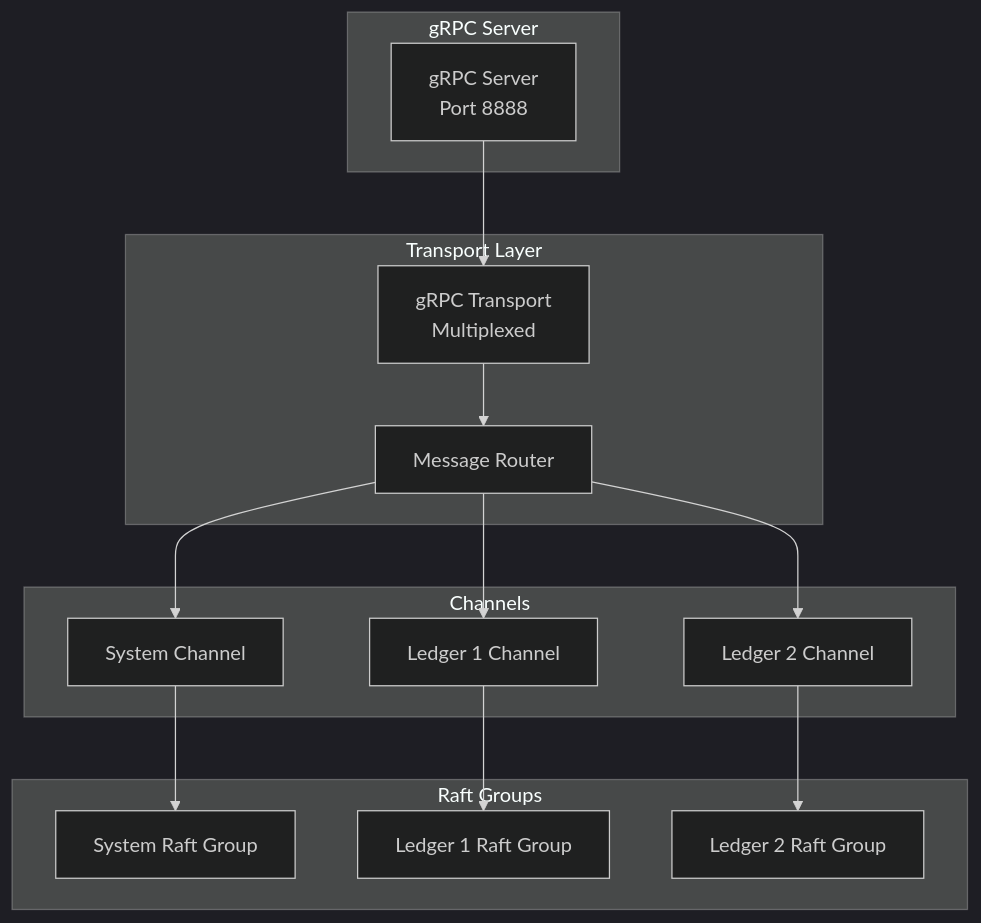
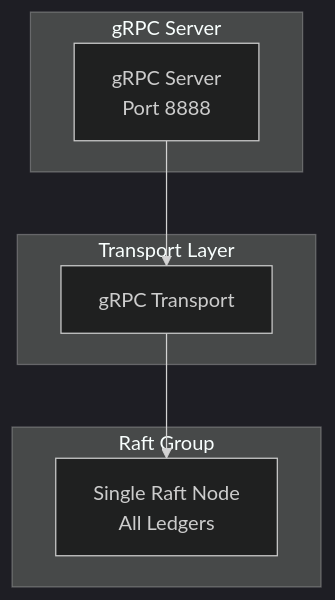
One commit to formancehq/ledger changed the second of 3 diagrams in docs/raft-consensus.md. Above: the diagram before and after it, drawn with Mermaid (dark theme). The commit also changed other lines of this file and 41 other files, not shown here.

````diff
--- a/docs/raft-consensus.md
+++ b/docs/raft-consensus.md
@@ -122,33 +112,17 @@
 ```mermaid
 graph TB
     subgraph "gRPC Server"
         GRPC[gRPC Server<br/>Port 8888]
     end
     
     subgraph "Transport Layer"
-        Transport[gRPC Transport<br/>Multiplexed]
-        Router[Message Router]
+        Transport[gRPC Transport]
     end
     
-    subgraph "Channels"
-        MainChannel[System Channel]
-        Ledger1Channel[Ledger 1 Channel]
-        Ledger2Channel[Ledger 2 Channel]
-    end
-    
-    subgraph "Raft Groups"
-        SystemRaft[System Raft Group]
-        Ledger1Raft[Ledger 1 Raft Group]
-        Ledger2Raft[Ledger 2 Raft Group]
+    subgraph "Raft Group"
+        RaftNode[Single Raft Node<br/>All Ledgers]
     end
     
     GRPC --> Transport
-    Transport --> Router
-    Router --> MainChannel
-    Router --> Ledger1Channel
-    Router --> Ledger2Channel
-    
-    MainChannel --> SystemRaft
-    Ledger1Channel --> Ledger1Raft
-    Ledger2Channel --> Ledger2Raft
+    Transport --> RaftNode
 ```
````
